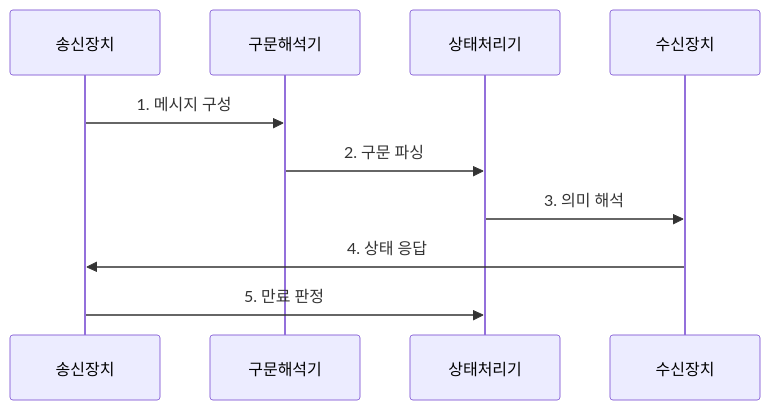
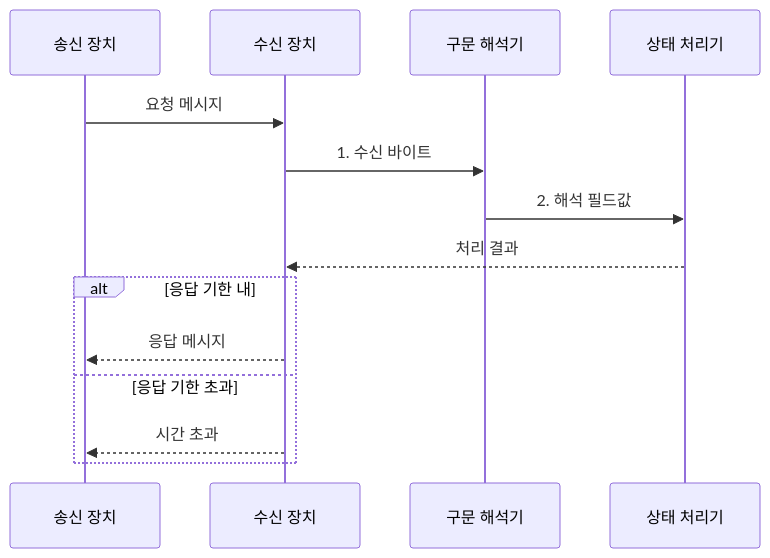
Before and after one commit to agnusdei1207/knowledge-base: the diagram in src/content/docs/notes/04-network/003_protocol_3_elements.md, drawn with Mermaid. The commit also changed other lines of this file and 20 other files, not shown here.

````diff
--- a/src/content/docs/notes/04-network/003_protocol_3_elements.md
+++ b/src/content/docs/notes/04-network/003_protocol_3_elements.md
@@ -76,12 +66,16 @@
 ```mermaid
 sequenceDiagram
-    participant 송신장치
-    participant 구문해석기
-    participant 상태처리기
-    participant 수신장치
-    송신장치->>구문해석기: 1. 메시지 구성
-    구문해석기->>상태처리기: 2. 구문 파싱
-    상태처리기->>수신장치: 3. 의미 해석
-    수신장치->>송신장치: 4. 상태 응답
-    송신장치->>상태처리기: 5. 만료 판정
+    participant S as 송신 장치
+    participant R as 수신 장치
+    participant P as 구문 해석기
+    participant H as 상태 처리기
+    S->>R: 요청 메시지
+    R->>P: 1. 수신 바이트
+    P->>H: 2. 해석 필드값
+    H-->>R: 처리 결과
+    alt 응답 기한 내
+        R-->>S: 응답 메시지
+    else 응답 기한 초과
+        R-->>S: 시간 초과
+    end
 ```
````
